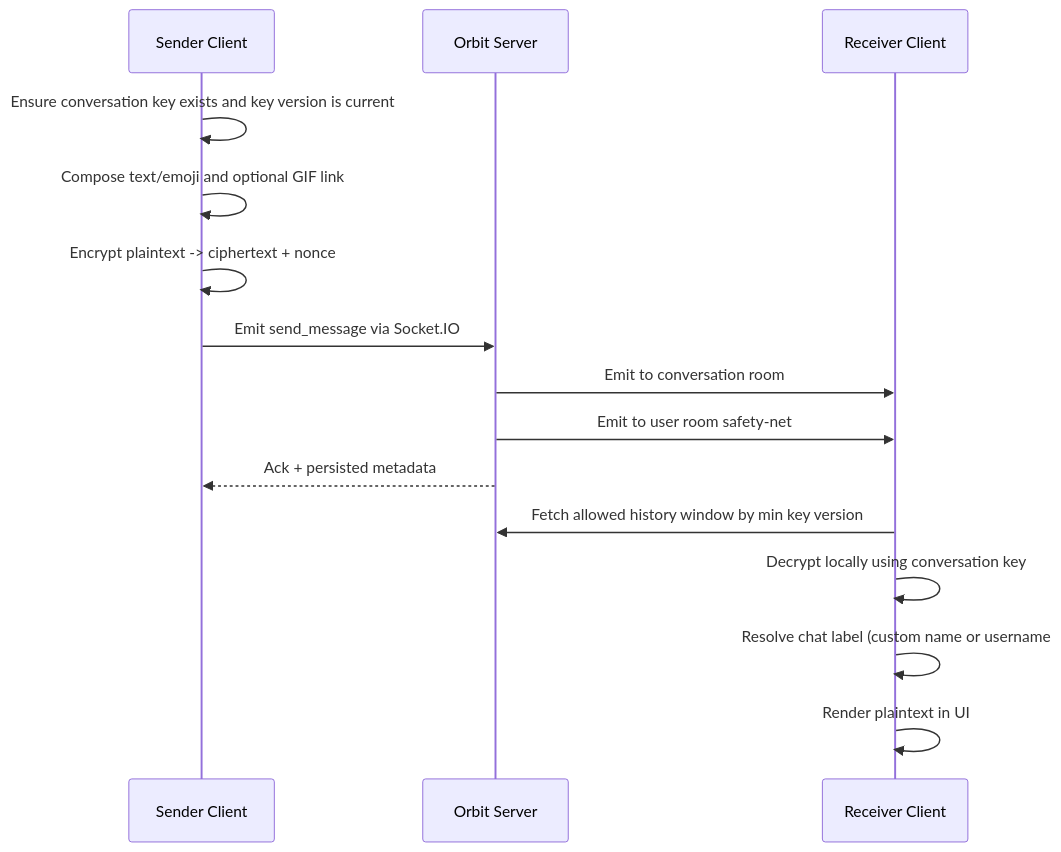
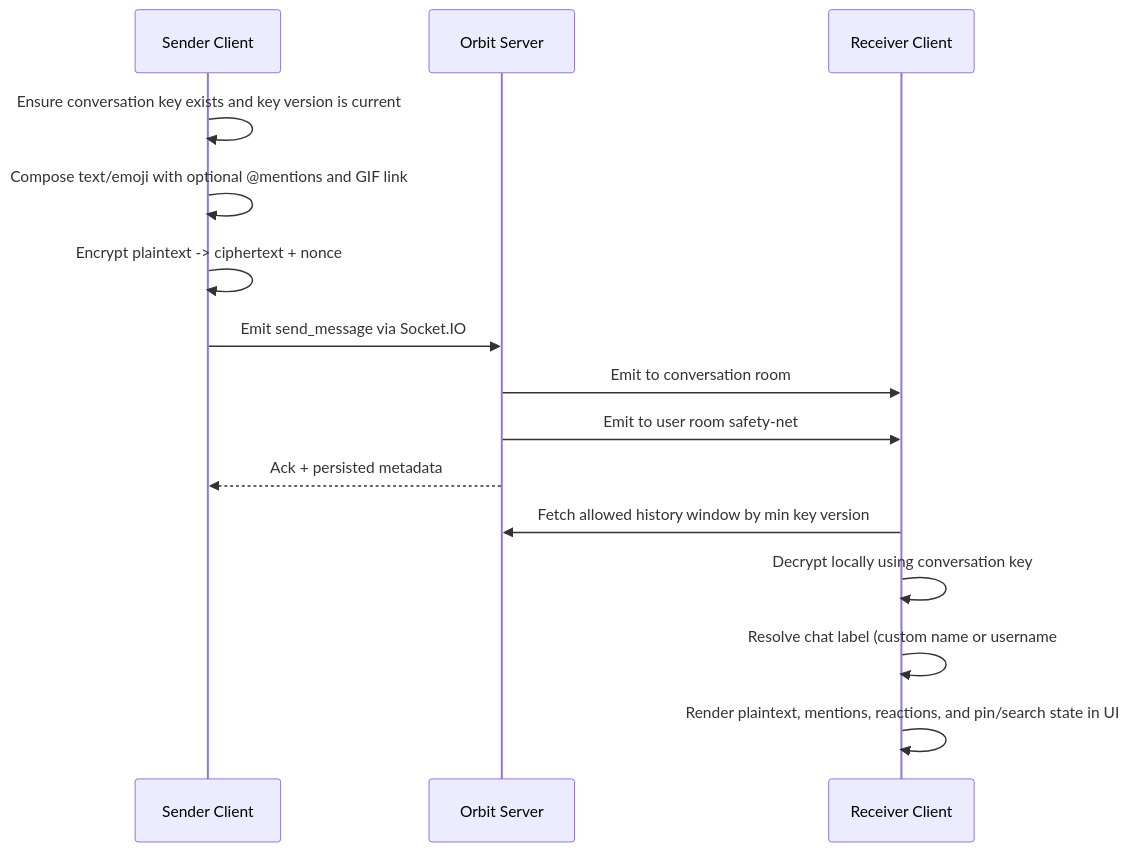
Before and after one commit to orbit-chat/orbit-chat: the second of 5 diagrams in README.md, drawn with Mermaid. The commit also changed other lines of this file, not shown here.

````diff
--- a/README.md
+++ b/README.md
@@ -205,18 +224,18 @@
 ```mermaid
 sequenceDiagram
 	participant S as Sender Client
 	participant API as Orbit Server
 	participant R as Receiver Client
 
 	S->>S: Ensure conversation key exists and key version is current
-	S->>S: Compose text/emoji and optional GIF link
+	S->>S: Compose text/emoji with optional @mentions and GIF link
 	S->>S: Encrypt plaintext -> ciphertext + nonce
 	S->>API: Emit send_message via Socket.IO
 	API->>R: Emit to conversation room
 	API->>R: Emit to user room safety-net
 	API-->>S: Ack + persisted metadata
 	R->>API: Fetch allowed history window by min key version
 	R->>R: Decrypt locally using conversation key
 	R->>R: Resolve chat label (custom name or username#chatId)
-	R->>R: Render plaintext in UI
+	R->>R: Render plaintext, mentions, reactions, and pin/search state in UI
 ```
````
